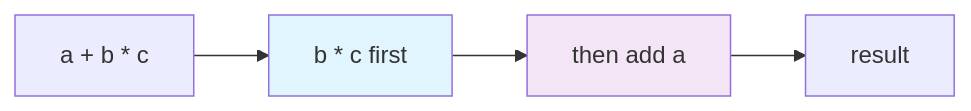
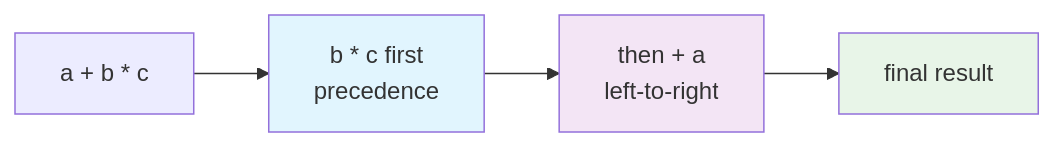
One commit to pc-eight-one/codersbox changed the first of 2 diagrams in src/content/tutorials/java-complete/java-complete-part-4.md. Above: the diagram before and after it, drawn with Mermaid. The commit also changed other lines of this file and 43 other files, not shown here.

````diff
--- a/src/content/tutorials/java-complete/java-complete-part-4.md
+++ b/src/content/tutorials/java-complete/java-complete-part-4.md
@@ -18,9 +19,10 @@
 ```mermaid
 flowchart LR
-    EXPR[a + b * c] --> MUL[b * c first]
-    MUL --> ADD[then add a]
-    ADD --> RESULT[result]
+    EXPR[a + b * c] --> MUL[b * c first<br/>precedence]
+    MUL --> ADD[then + a<br/>left-to-right]
+    ADD --> RESULT[final result]
     
     style MUL fill:#e1f5fe
     style ADD fill:#f3e5f5
+    style RESULT fill:#e8f5e8
 ```
````
